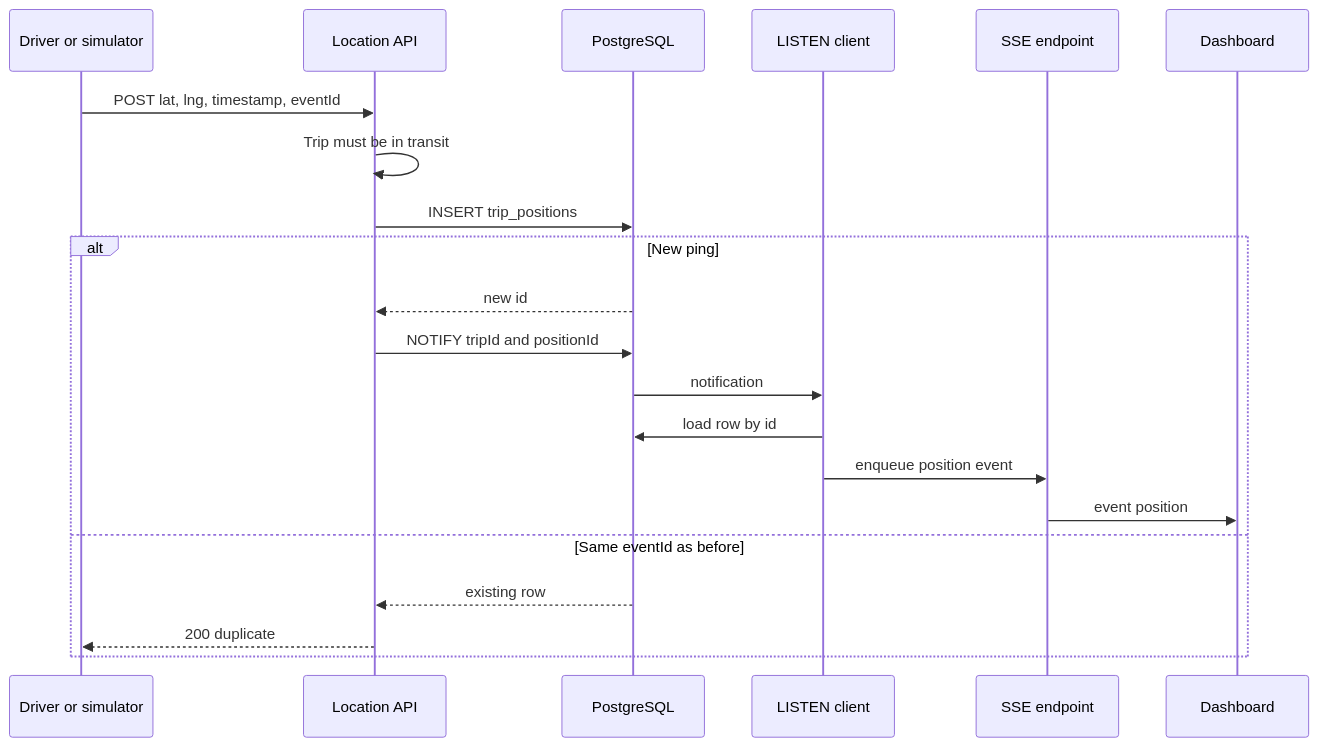
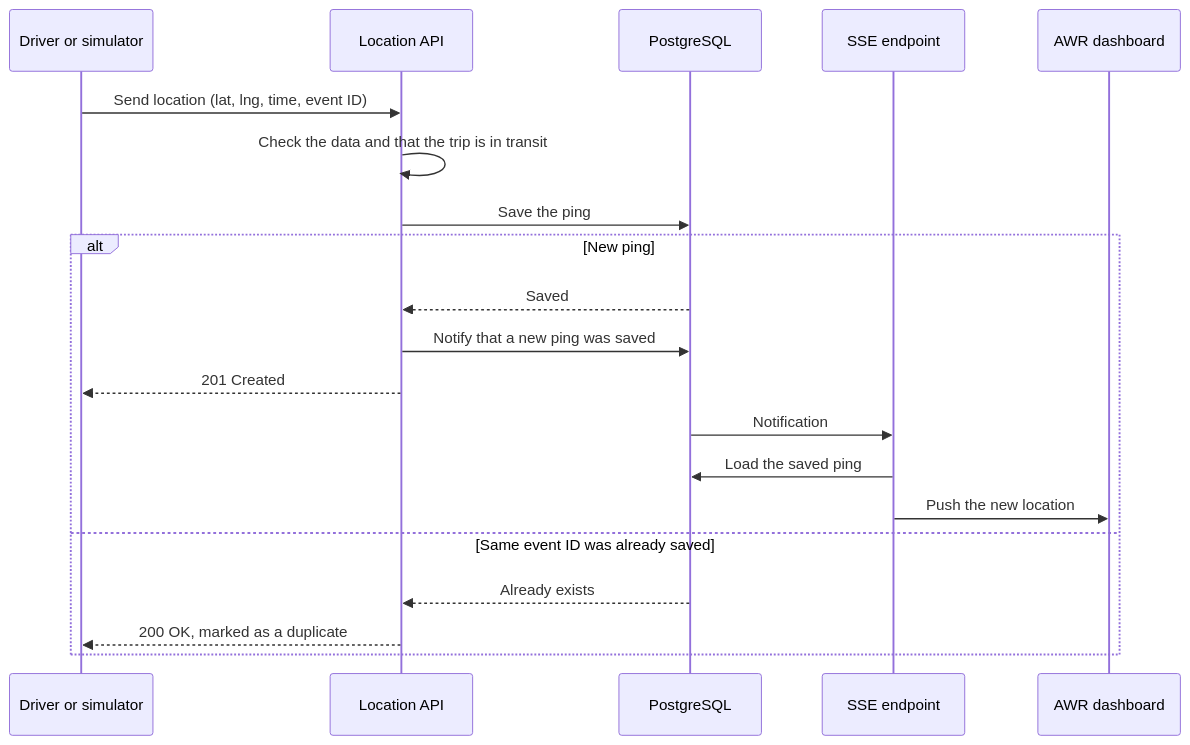
Before and after one commit to hiteshpachpor/awr-vehicle-logistics: the sixth of 11 diagrams in docs/deliverable-2-presentation-content.md, drawn with Mermaid. The commit also changed other lines of this file and 2 other files, not shown here.

````diff
--- a/docs/deliverable-2-presentation-content.md
+++ b/docs/deliverable-2-presentation-content.md
@@ -276,24 +237,23 @@
 ```mermaid
 sequenceDiagram
   participant D as Driver or simulator
   participant API as Location API
   participant DB as PostgreSQL
-  participant L as LISTEN client
   participant SSE as SSE endpoint
-  participant B as Dashboard
+  participant B as AWR dashboard
 
-  D->>API: POST lat, lng, timestamp, eventId
-  API->>API: Trip must be in transit
-  API->>DB: INSERT trip_positions
+  D->>API: Send location (lat, lng, time, event ID)
+  API->>API: Check the data and that the trip is in transit
+  API->>DB: Save the ping
   alt New ping
-    DB-->>API: new id
-    API->>DB: NOTIFY tripId and positionId
-    DB->>L: notification
-    L->>DB: load row by id
-    L->>SSE: enqueue position event
-    SSE->>B: event position
-  else Same eventId as before
-    DB-->>API: existing row
-    API-->>D: 200 duplicate
+    DB-->>API: Saved
+    API->>DB: Notify that a new ping was saved
+    API-->>D: 201 Created
+    DB->>SSE: Notification
+    SSE->>DB: Load the saved ping
+    SSE->>B: Push the new location
+  else Same event ID was already saved
+    DB-->>API: Already exists
+    API-->>D: 200 OK, marked as a duplicate
   end
 ```
````
